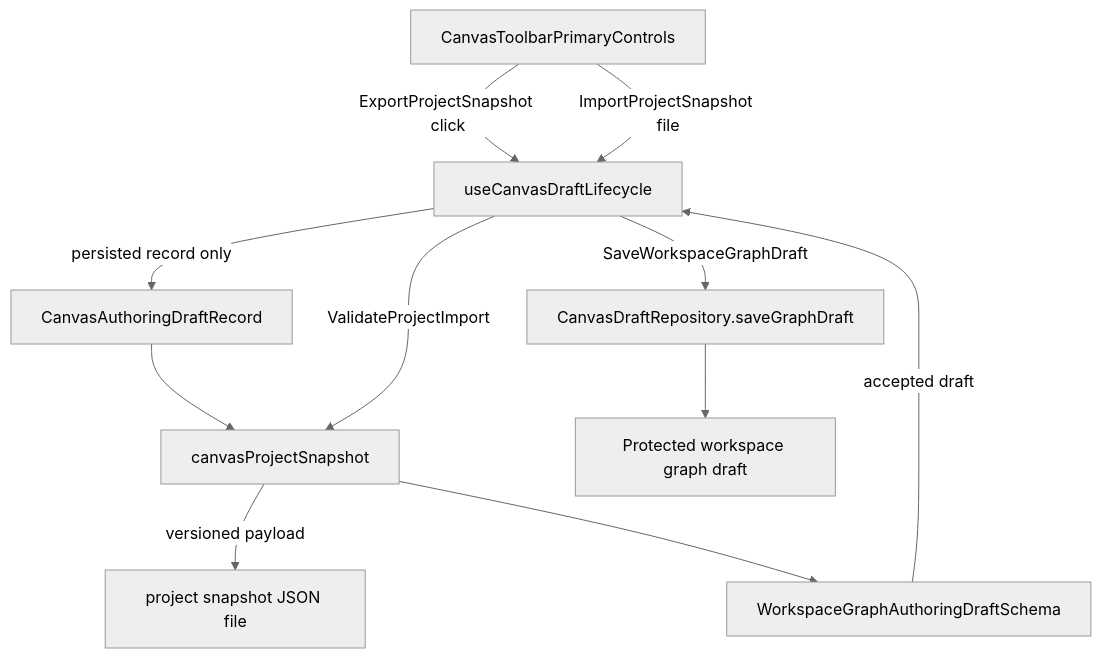
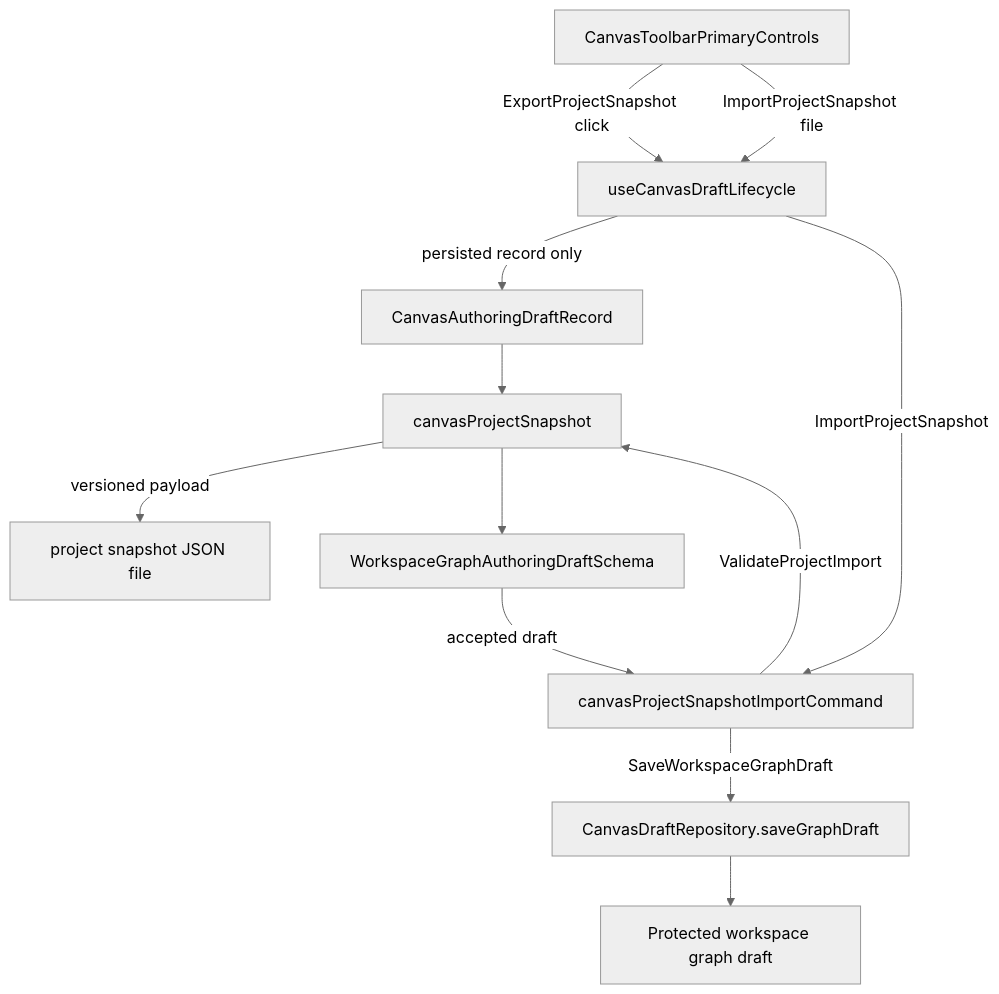
Before and after one commit to dunay2/dvt: the first of 3 diagrams in docs/architecture/components/web/graph/canvas-project-snapshot-component.md, drawn with Mermaid (neutral theme). The commit also changed other lines of this file and 10 other files, not shown here.

Commit message:
fix(web): Encapsulate Canvas snapshot import command

````diff
--- a/docs/architecture/components/web/graph/canvas-project-snapshot-component.md
+++ b/docs/architecture/components/web/graph/canvas-project-snapshot-component.md
@@ -98,22 +104,24 @@
 ```mermaid
 flowchart TD
   Toolbar["CanvasToolbarPrimaryControls"]
   Lifecycle["useCanvasDraftLifecycle"]
   API["canvasProjectSnapshot"]
+  ImportCommand["canvasProjectSnapshotImportCommand"]
   DraftRecord["CanvasAuthoringDraftRecord"]
   File["project snapshot JSON file"]
   Validator["WorkspaceGraphAuthoringDraftSchema"]
   Repository["CanvasDraftRepository.saveGraphDraft"]
   ProtectedDraft["Protected workspace graph draft"]
 
   Toolbar -->|ExportProjectSnapshot click| Lifecycle
   Lifecycle -->|persisted record only| DraftRecord
   DraftRecord --> API
   API -->|versioned payload| File
   Toolbar -->|ImportProjectSnapshot file| Lifecycle
-  Lifecycle -->|ValidateProjectImport| API
+  Lifecycle -->|ImportProjectSnapshot| ImportCommand
+  ImportCommand -->|ValidateProjectImport| API
   API --> Validator
-  Validator -->|accepted draft| Lifecycle
-  Lifecycle -->|SaveWorkspaceGraphDraft| Repository
+  Validator -->|accepted draft| ImportCommand
+  ImportCommand -->|SaveWorkspaceGraphDraft| Repository
   Repository --> ProtectedDraft
 ```
````
